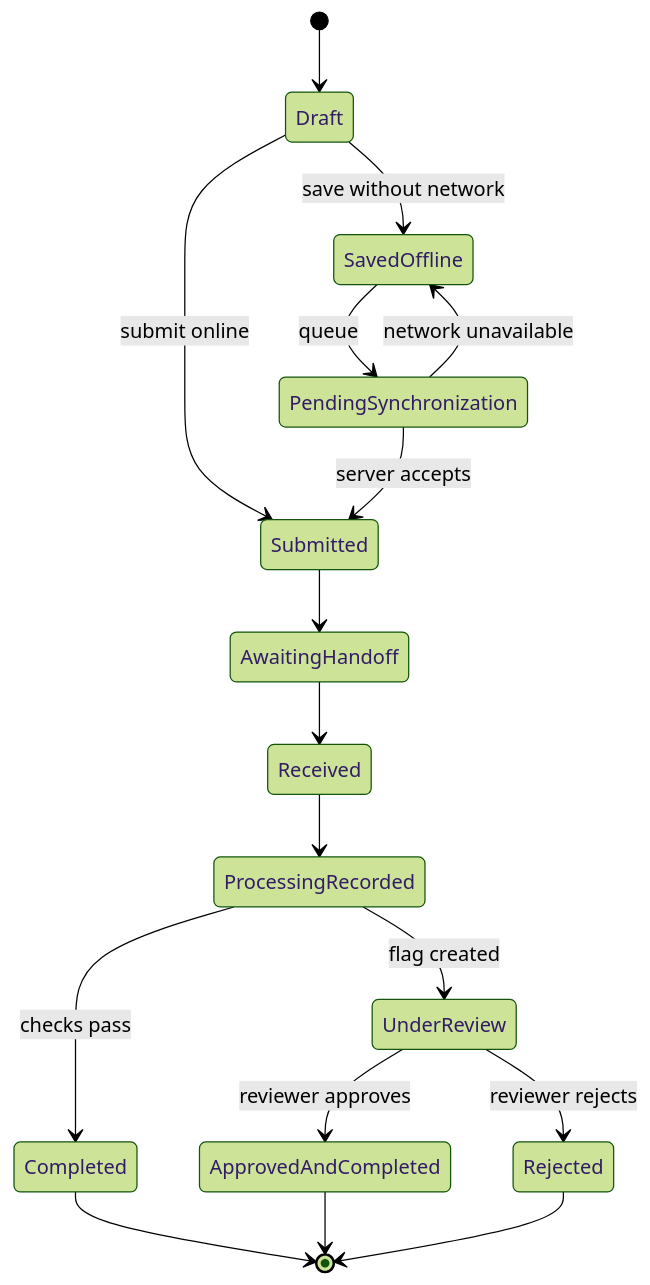
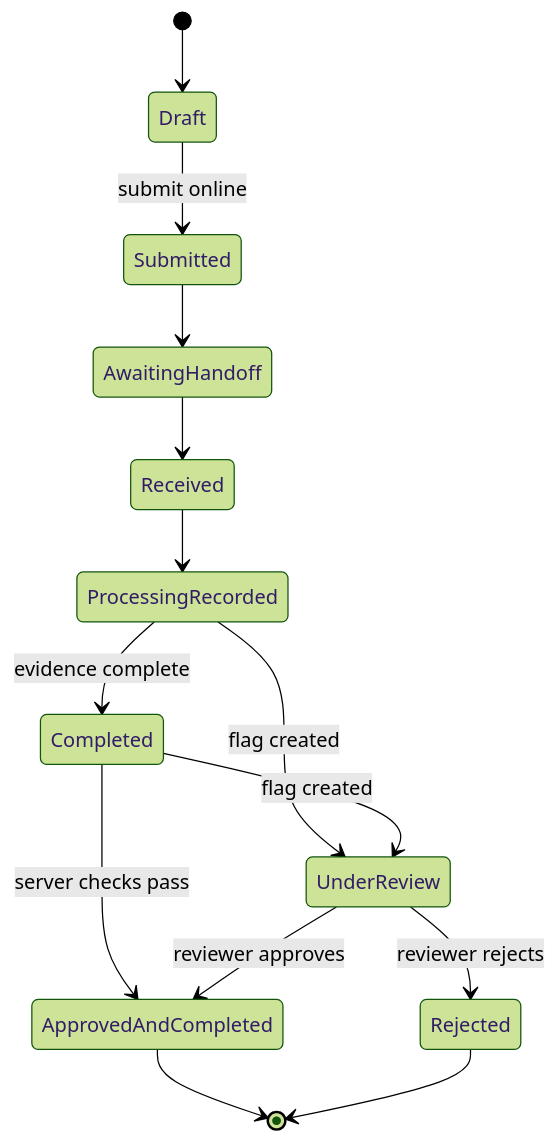
The diagram in docs/data/recovery-record.md (Abdul-Gafur/scraptrace_giz-ewaste), drawn with Mermaid (forest theme) before and after one commit. The commit also changed other lines of this file and 81 other files, not shown here.

````diff
--- a/docs/data/recovery-record.md
+++ b/docs/data/recovery-record.md
@@ -30,19 +30,16 @@
 ```mermaid
 stateDiagram-v2
     [*] --> Draft
-    Draft --> SavedOffline: save without network
     Draft --> Submitted: submit online
-    SavedOffline --> PendingSynchronization: queue
-    PendingSynchronization --> SavedOffline: network unavailable
-    PendingSynchronization --> Submitted: server accepts
     Submitted --> AwaitingHandoff
     AwaitingHandoff --> Received
     Received --> ProcessingRecorded
-    ProcessingRecorded --> Completed: checks pass
+    ProcessingRecorded --> Completed: evidence complete
     ProcessingRecorded --> UnderReview: flag created
+    Completed --> UnderReview: flag created
+    Completed --> ApprovedAndCompleted: server checks pass
     UnderReview --> ApprovedAndCompleted: reviewer approves
     UnderReview --> Rejected: reviewer rejects
-    Completed --> [*]
     ApprovedAndCompleted --> [*]
     Rejected --> [*]
 ```
````
